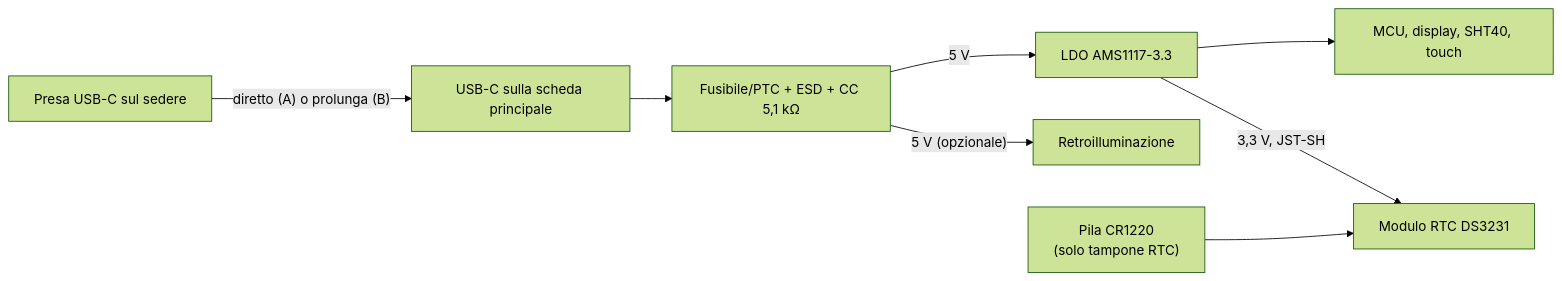
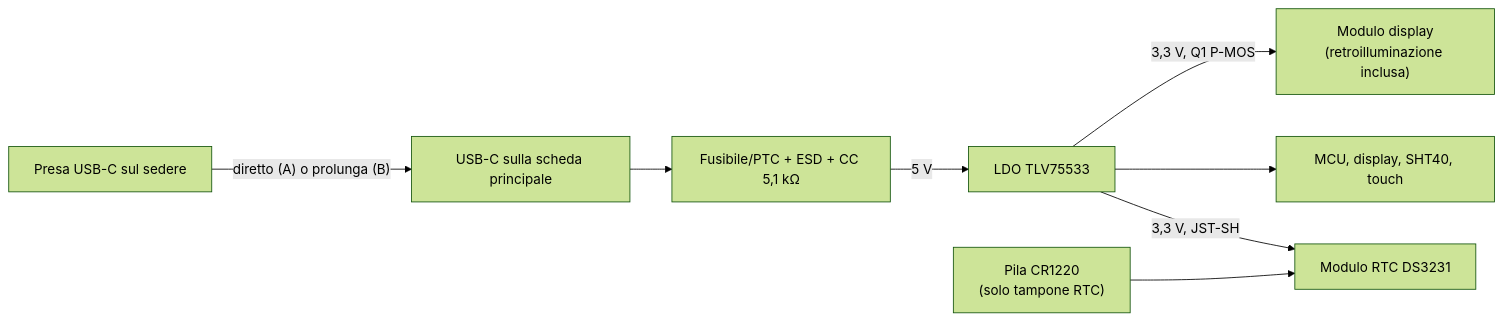
The diagram in docs/03-alimentazione-ricarica.md (seba379/PoliClock), drawn with Mermaid (forest theme) before and after one commit. The commit also changed other lines of this file and 55 other files, not shown here.

````diff
--- a/docs/03-alimentazione-ricarica.md
+++ b/docs/03-alimentazione-ricarica.md
@@ -18,10 +18,10 @@
 ```mermaid
 flowchart LR
     USB["Presa USB-C sul sedere"] -->|"diretto (A) o prolunga (B)"| IN["USB-C sulla scheda principale"]
     IN --> PROT["Fusibile/PTC + ESD + CC 5,1 kΩ"]
-    PROT -->|"5 V"| REG["LDO AMS1117-3.3"]
-    PROT -->|"5 V (opzionale)"| BL["Retroilluminazione"]
+    PROT -->|"5 V"| REG["LDO TLV75533"]
+    REG -->|"3,3 V, Q1 P-MOS"| BL["Modulo display<br/>(retroilluminazione inclusa)"]
     REG --> LOADS["MCU, display, SHT40, touch"]
     REG -->|"3,3 V, JST-SH"| RTC["Modulo RTC DS3231"]
     CAP["Pila CR1220<br/>(solo tampone RTC)"] --> RTC
 ```
````
